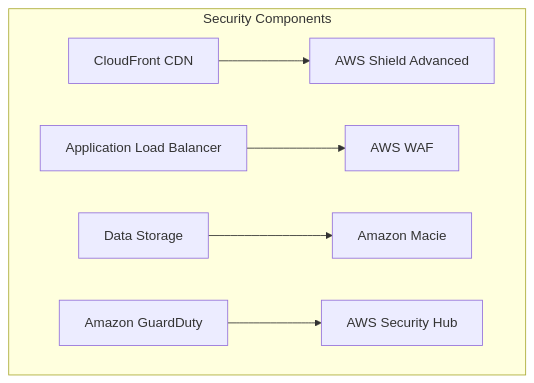
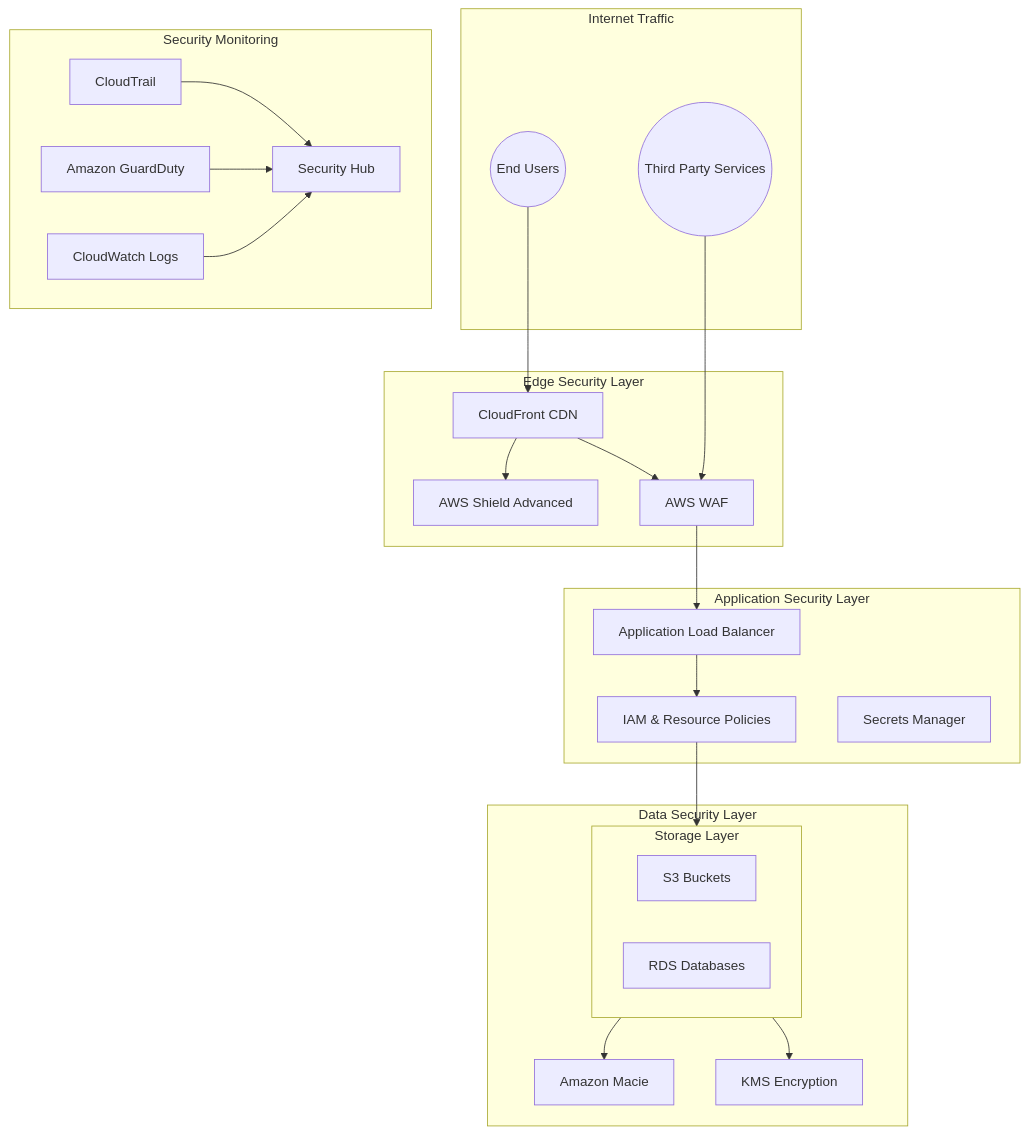
Before and after one commit to asifmasroorDevOpsengineer/arch1: diagram 13 of 15 in README.md, drawn with Mermaid. The commit also changed other lines of this file, not shown here.

````diff
--- a/README.md
+++ b/README.md
@@ -532,15 +565,52 @@
 ```mermaid
 flowchart TD
-    subgraph SecurityLayer["Security Components"]
+    subgraph Internet["Internet Traffic"]
+        Users(("End Users"))
+        ThirdParty(("Third Party Services"))
+    end
+
+    subgraph EdgeSecurity["Edge Security Layer"]
         Shield["AWS Shield Advanced"]
         WAF["AWS WAF"]
+        CloudFront["CloudFront CDN"]
+    end
+
+    subgraph ApplicationSecurity["Application Security Layer"]
+        ALB["Application Load Balancer"]
+        IAM["IAM & Resource Policies"]
+        Secrets["Secrets Manager"]
+    end
+
+    subgraph DataSecurity["Data Security Layer"]
+        Macie["Amazon Macie"]
+        KMS["KMS Encryption"]
+        subgraph Storage["Storage Layer"]
+            S3["S3 Buckets"]
+            RDS["RDS Databases"]
+        end
+    end
+
+    subgraph MonitoringSecurity["Security Monitoring"]
         GuardDuty["Amazon GuardDuty"]
-        SecurityHub["AWS Security Hub"]
-        Macie["Amazon Macie"]
-        
-        CDN["CloudFront CDN"] --> Shield
-        ALB["Application Load Balancer"] --> WAF
-        DataStorage["Data Storage"] --> Macie
-        GuardDuty --> SecurityHub
+        SecurityHub["Security Hub"]
+        CloudTrail["CloudTrail"]
+        CloudWatch["CloudWatch Logs"]
     end
+
+    Users --> CloudFront
+    ThirdParty --> WAF
+    
+    CloudFront --> Shield
+    CloudFront --> WAF
+    WAF --> ALB
+    
+    ALB --> IAM
+    IAM --> Storage
+    
+    Storage --> Macie
+    Storage --> KMS
+    
+    CloudTrail --> SecurityHub
+    GuardDuty --> SecurityHub
+    CloudWatch --> SecurityHub
 ```
````
